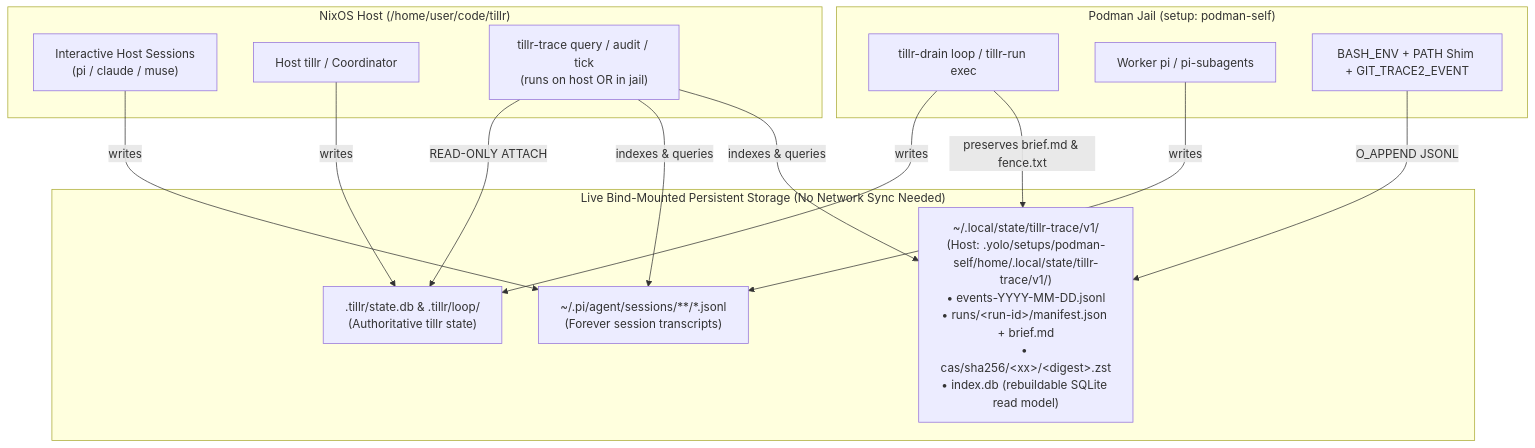
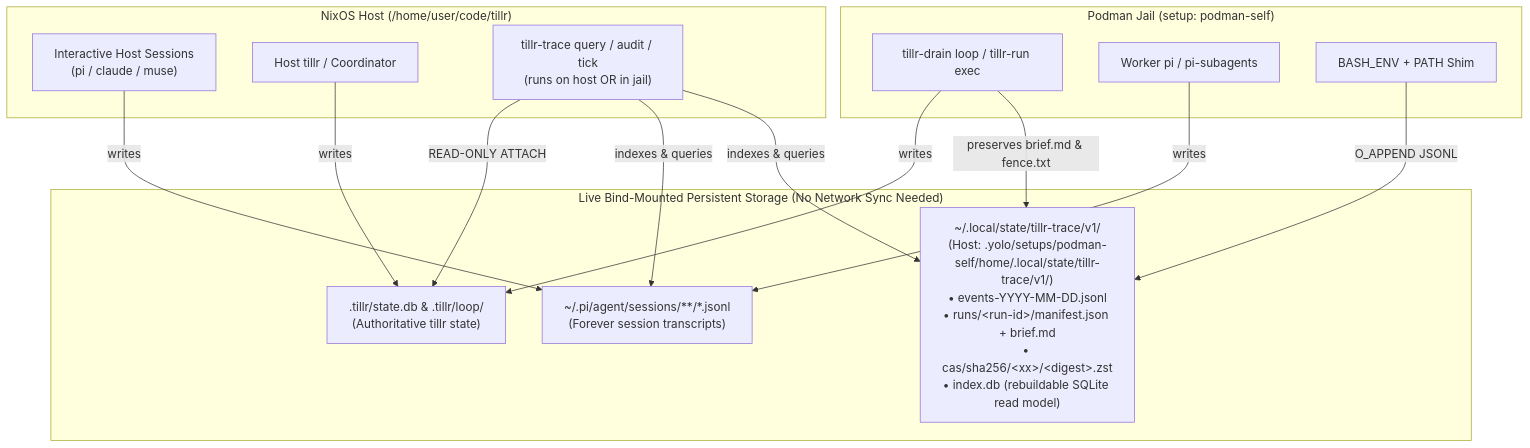
Before and after one commit to mschulkind-oss/tillr: the second of 3 diagrams in docs/design/session-recording.md, drawn with Mermaid. The commit also changed other lines of this file and 17 other files, not shown here.

First line of the commit message:
feat(tillr-trace)!: stop recording git trace2

````diff
--- a/docs/design/session-recording.md
+++ b/docs/design/session-recording.md
@@ -119,30 +121,30 @@
 ```mermaid
 flowchart TB
   subgraph Host["NixOS Host (/home/user/code/tillr)"]
     H_Pi["Interactive Host Sessions<br/>(pi / claude / muse)"]
     H_Tillr["Host tillr / Coordinator"]
     H_Query["tillr-trace query / audit / tick<br/>(runs on host OR in jail)"]
   end
 
   subgraph Jail["Podman Jail (setup: podman-self)"]
     J_Drain["tillr-drain loop / tillr-run exec"]
     J_Pi["Worker pi / pi-subagents"]
-    J_Shim["BASH_ENV + PATH Shim + GIT_TRACE2_EVENT"]
+    J_Shim["BASH_ENV + PATH Shim"]
   end
 
   subgraph Storage["Live Bind-Mounted Persistent Storage (No Network Sync Needed)"]
     DB[".tillr/state.db &amp; .tillr/loop/<br/>(Authoritative tillr state)"]
     PiSess["~/.pi/agent/sessions/**/*.jsonl<br/>(Forever session transcripts)"]
     TraceDir["~/.local/state/tillr-trace/v1/<br/>(Host: .yolo/setups/podman-self/home/.local/state/tillr-trace/v1/)<br/>• events-YYYY-MM-DD.jsonl<br/>• runs/&lt;run-id&gt;/manifest.json + brief.md<br/>• cas/sha256/&lt;xx&gt;/&lt;digest&gt;.zst<br/>• index.db (rebuildable SQLite read model)"]
   end
 
   H_Pi -->|writes| PiSess
   H_Tillr -->|writes| DB
   J_Drain -->|writes| DB
   J_Drain -->|preserves brief.md &amp; fence.txt| TraceDir
   J_Pi -->|writes| PiSess
   J_Shim -->|O_APPEND JSONL| TraceDir
   H_Query -->|READ-ONLY ATTACH| DB
   H_Query -->|indexes &amp; queries| PiSess
   H_Query -->|indexes &amp; queries| TraceDir
 ```
````
